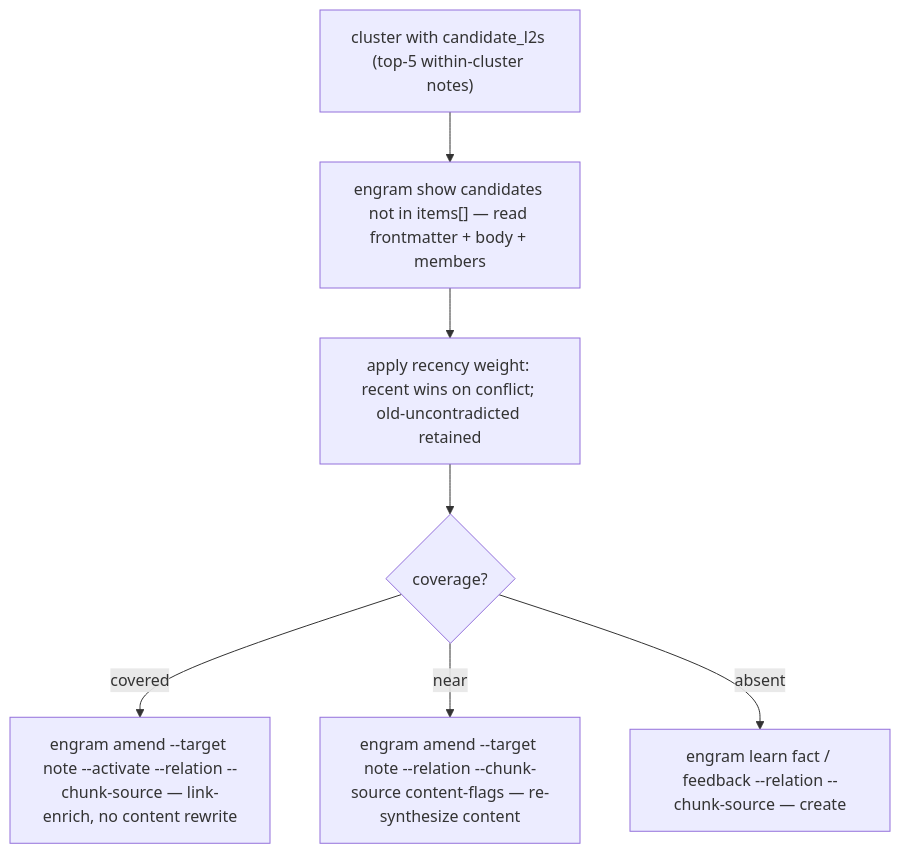
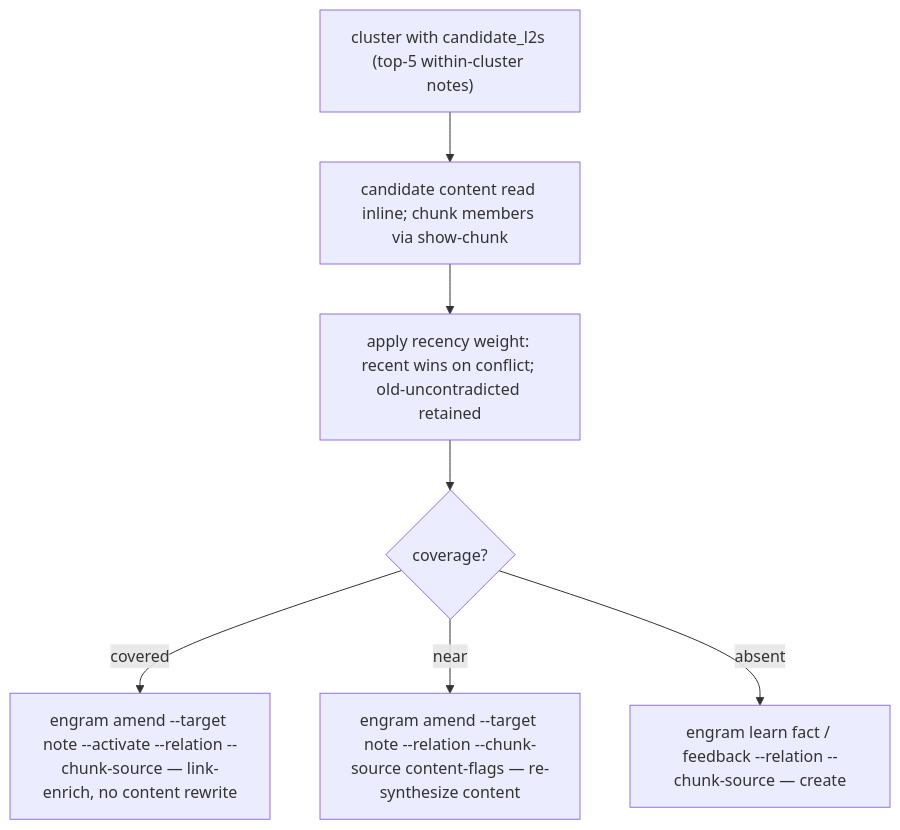
One commit to toejough/engram changed the fifth of 5 diagrams in docs/architecture/c2-containers.md. Above: the diagram before and after it, drawn with Mermaid. The commit also changed other lines of this file and 11 other files, not shown here.

First line of the commit message:
docs(recall): inline candidate_l2s content, drop candidate show (#657)

````diff
--- a/docs/architecture/c2-containers.md
+++ b/docs/architecture/c2-containers.md
@@ -182,9 +180,9 @@
 ```mermaid
 flowchart TD
-    A["cluster with candidate_l2s (top-5 within-cluster notes)"] --> B["engram show candidates not in items[] — read frontmatter + body + members"]
+    A["cluster with candidate_l2s (top-5 within-cluster notes)"] --> B["candidate content read inline; chunk members via show-chunk"]
     B --> C["apply recency weight: recent wins on conflict; old-uncontradicted retained"]
     C --> D{coverage?}
     D -->|covered| E["engram amend --target note --activate --relation --chunk-source — link-enrich, no content rewrite"]
     D -->|near| F["engram amend --target note --relation --chunk-source content-flags — re-synthesize content"]
     D -->|absent| G["engram learn fact / feedback --relation --chunk-source — create"]
 ```
````
